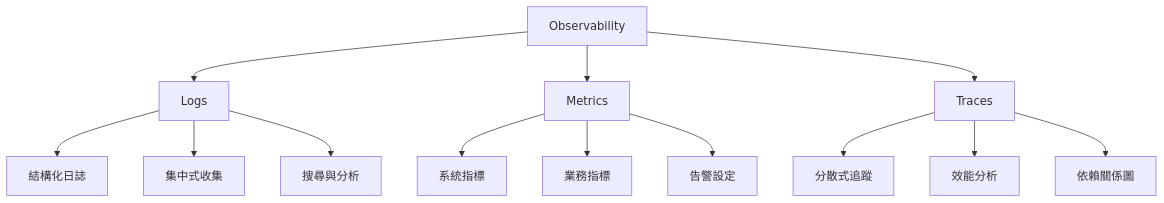
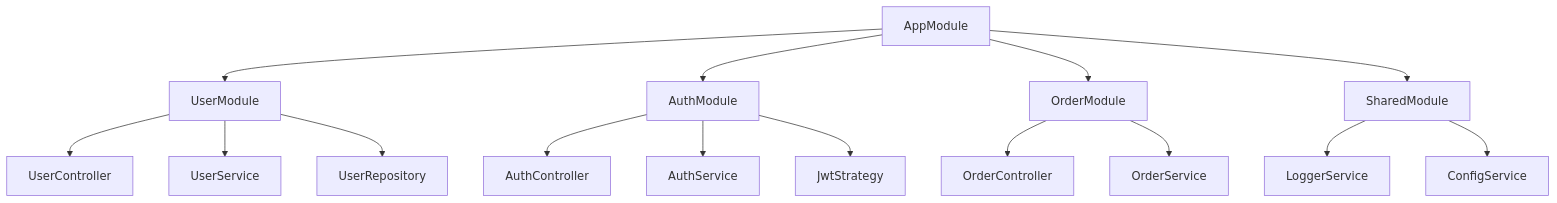
Diagram 16 of 30 in content/posts/教學/framework/Node.js生態系教學手冊.md (chihhung/Blog), drawn with Mermaid before and after one commit. The commit also changed other lines of this file, not shown here.

````diff
--- a/content/posts/教學/framework/Node.js生態系教學手冊.md
+++ b/content/posts/教學/framework/Node.js生態系教學手冊.md
@@ -3849,18 +4589,21 @@
 ```mermaid
 graph TD
-    A[Observability] --> B[Logs]
-    A --> C[Metrics]
-    A --> D[Traces]
+    A[AppModule] --> B[UserModule]
+    A --> C[AuthModule]
+    A --> D[OrderModule]
+    A --> E[SharedModule]
     
-    B --> B1[結構化日誌]
-    B --> B2[集中式收集]
-    B --> B3[搜尋與分析]
+    B --> B1[UserController]
+    B --> B2[UserService]
+    B --> B3[UserRepository]
     
-    C --> C1[系統指標]
-    C --> C2[業務指標]
-    C --> C3[告警設定]
+    C --> C1[AuthController]
+    C --> C2[AuthService]
+    C --> C3[JwtStrategy]
     
-    D --> D1[分散式追蹤]
-    D --> D2[效能分析]
-    D --> D3[依賴關係圖]
+    D --> D1[OrderController]
+    D --> D2[OrderService]
+    
+    E --> E1[LoggerService]
+    E --> E2[ConfigService]
 ```
````
